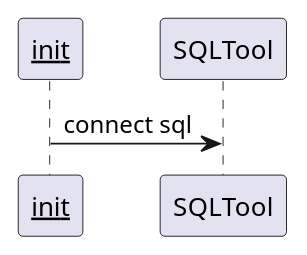
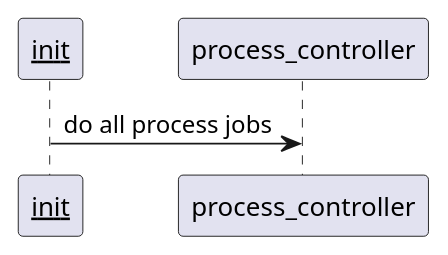
One commit to ZHANG-Y-D/Behavioral_pattern_cluster_analysis changed the diagram in UML_Files/sequence.puml. Above: the diagram before and after it, drawn with PlantUML. The commit also changed 5 other files, not shown here.

```diff
--- a/UML_Files/sequence.puml
+++ b/UML_Files/sequence.puml
@@ -1,5 +1,5 @@
 @startuml
 
-__init__ -> SQLTool : connect sql
+__init__ -> process_controller : do all process jobs
 
 @enduml
```
